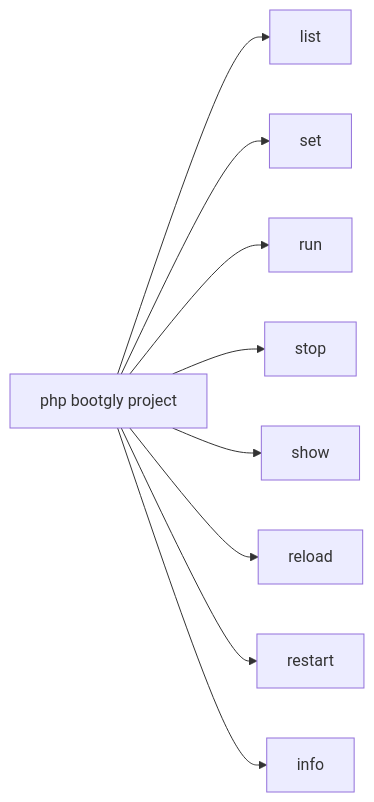
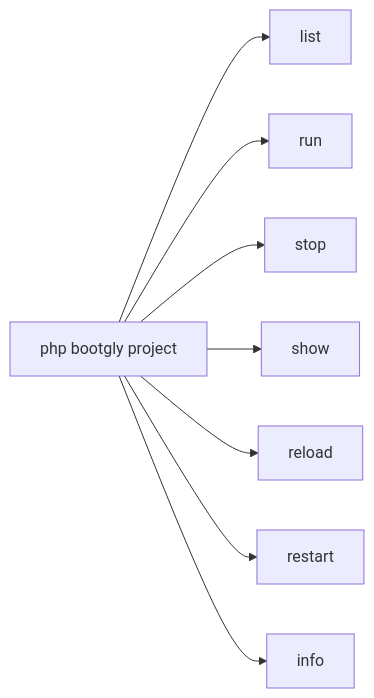
One commit to bootgly/bootgly_docs changed the first of 2 diagrams in src/pages/manual/Bootgly/essential/projects.overview.en-US.md. Above: the diagram before and after it, drawn with Mermaid. The commit also changed other lines of this file and 3 other files, not shown here.

````diff
--- a/src/pages/manual/Bootgly/essential/projects.overview.en-US.md
+++ b/src/pages/manual/Bootgly/essential/projects.overview.en-US.md
@@ -67,12 +83,11 @@
 ```mermaid
 graph LR
   project["php bootgly project"]
   project --> list["list"]
-  project --> set["set"]
   project --> run["run"]
   project --> stop["stop"]
   project --> show["show"]
   project --> reload["reload"]
   project --> restart["restart"]
   project --> info["info"]
 ```
````
